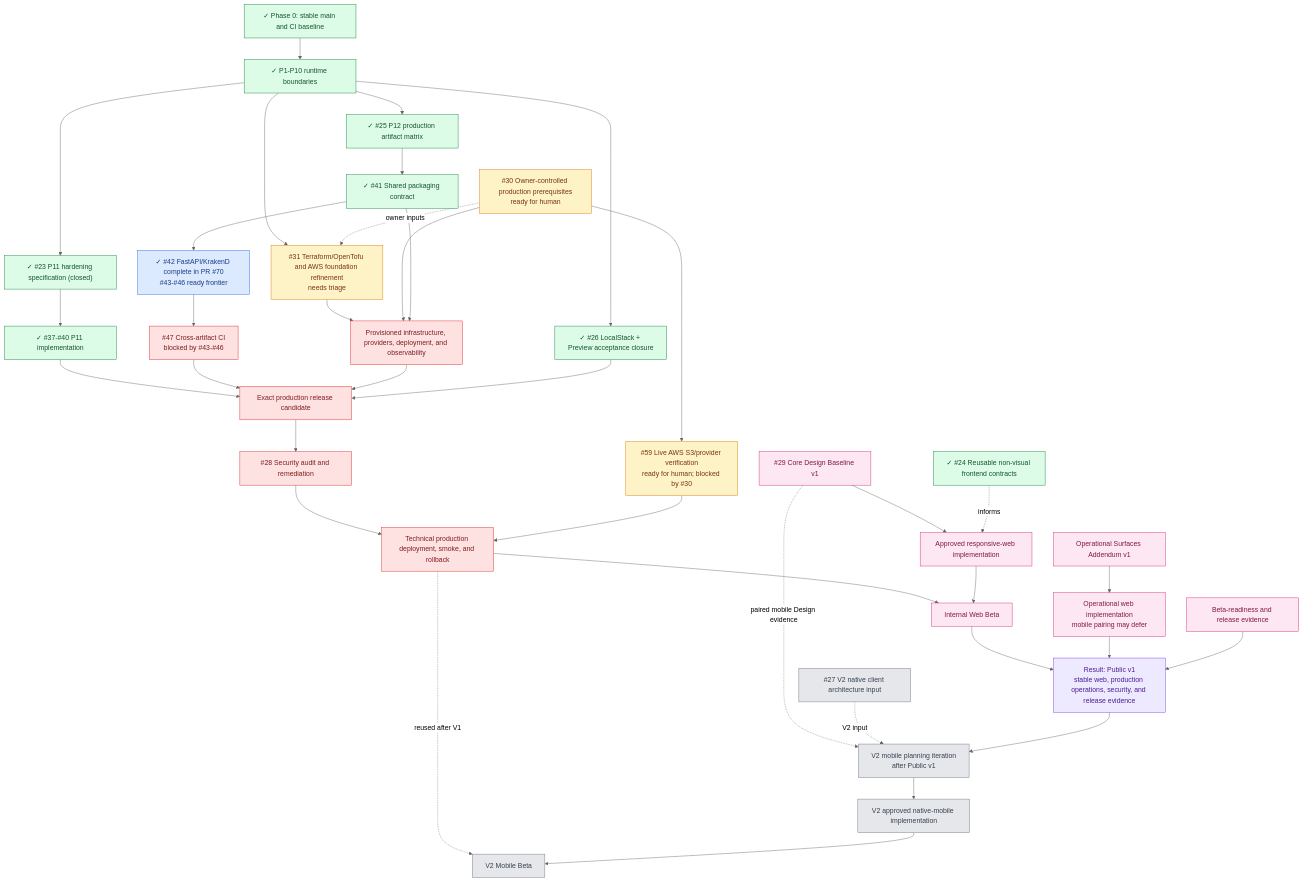
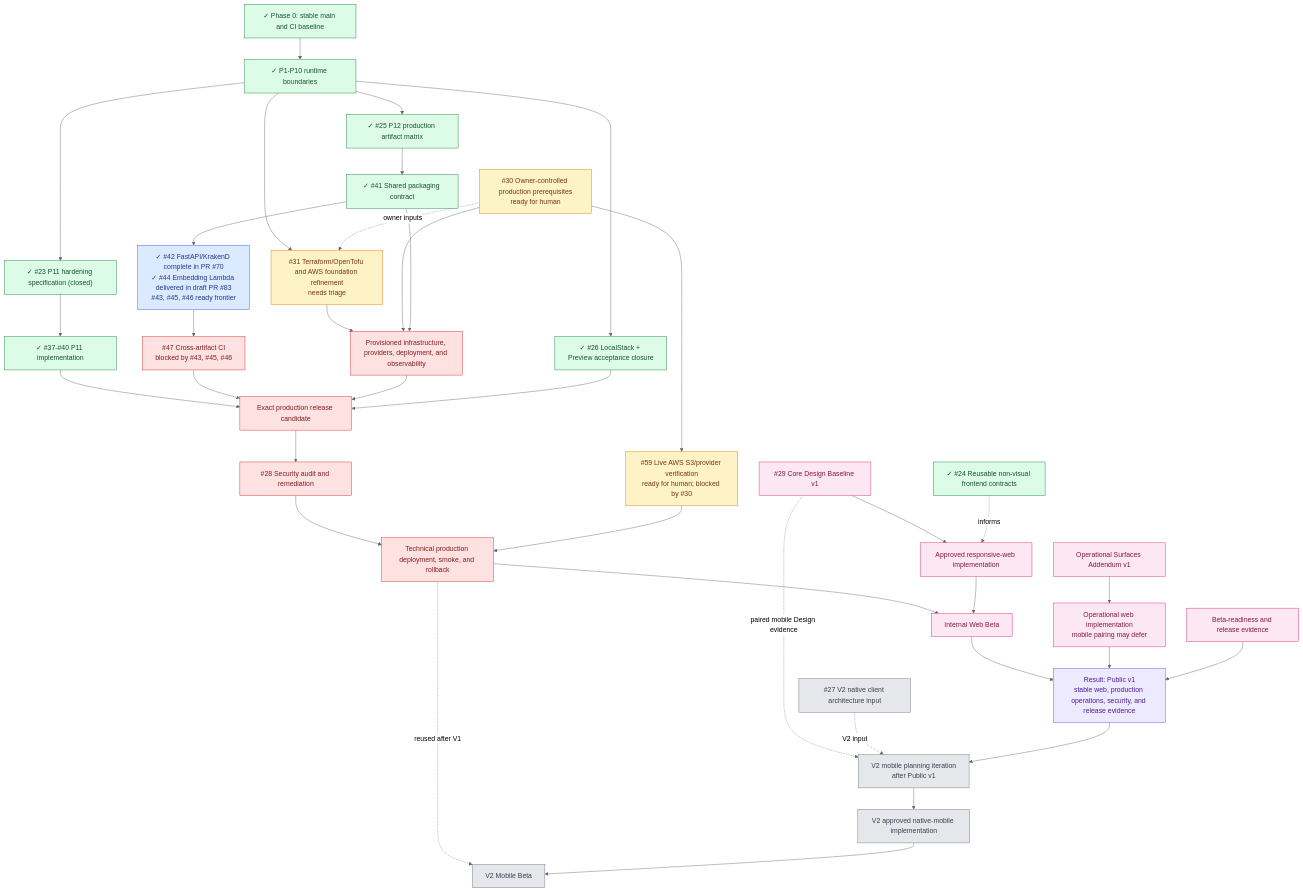
Before and after one commit to starkovalera/recipe-manager: the third of 3 diagrams in docs/roadmap.md, drawn with Mermaid (neutral theme). The commit also changed other lines of this file and 6 other files, not shown here.

First line of the commit message:
feat(infra): add embedding Lambda production artifact (#44) (#83)

```diff
--- a/docs/roadmap.md
+++ b/docs/roadmap.md
@@ -188,8 +188,8 @@
   p11Implementation["✓ #37-#40 P11 implementation"]
   p12Spec["✓ #25 P12 production artifact matrix"]
   p12Shared["✓ #41 Shared packaging contract"]
-  p12Artifacts["✓ #42 FastAPI/KrakenD complete in PR #70<br/>#43-#46 ready frontier"]
-  p12Ci["#47 Cross-artifact CI<br/>blocked by #43-#46"]
+  p12Artifacts["✓ #42 FastAPI/KrakenD complete in PR #70<br/>✓ #44 Embedding Lambda delivered in draft PR #83<br/>#43, #45, #46 ready frontier"]
+  p12Ci["#47 Cross-artifact CI<br/>blocked by #43, #45, #46"]
   localstack["✓ #26 LocalStack + Preview acceptance closure"]
   liveAws["#59 Live AWS S3/provider verification<br/>ready for human; blocked by #30"]
   frontendAudit["✓ #24 Reusable non-visual frontend contracts"]
```
